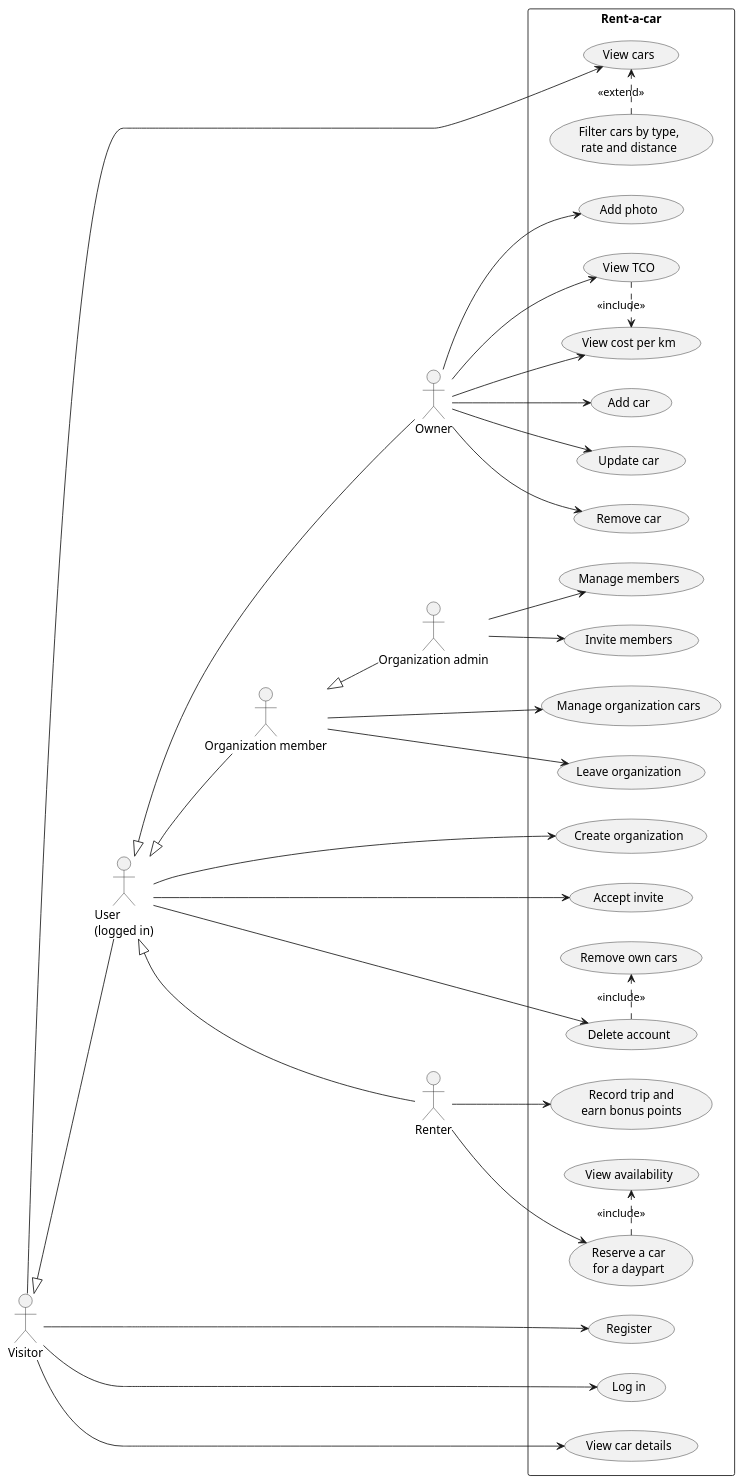
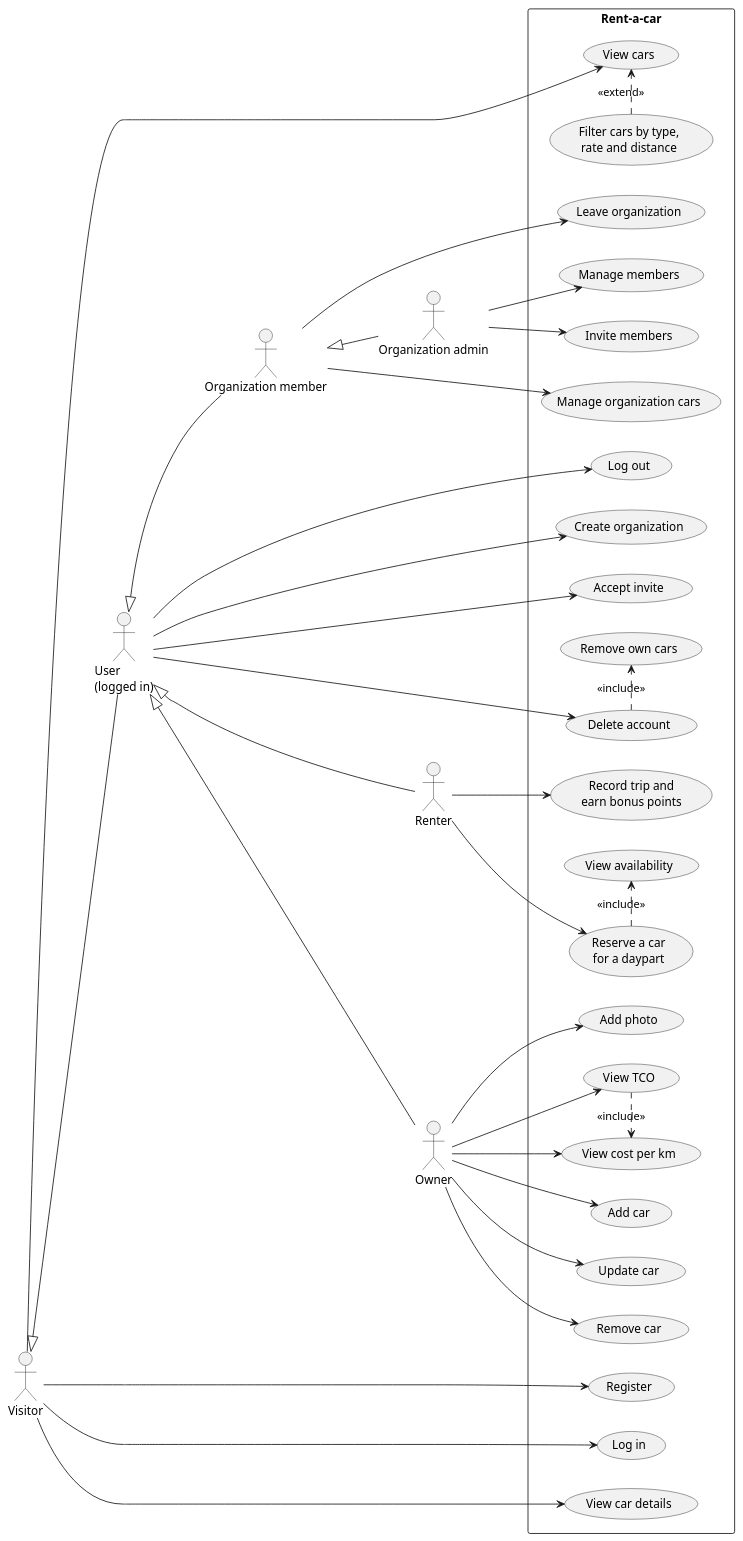
The diagram in docs/diagrams/use-cases.puml (Rent-a-car-38291/rent-a-car), drawn with PlantUML before and after one commit. The commit also changed 9 other files, not shown here.

First line of the commit message:
feat: add POST /logout to log a user out (#60)

```diff
--- a/docs/diagrams/use-cases.puml
+++ b/docs/diagrams/use-cases.puml
@@ -1,75 +1,77 @@
 @startuml
 ' Use cases from the GitHub issues. Organization use cases are extras.
 left to right direction
 
 actor Visitor
 actor "User\n(logged in)" as User
 actor Renter
 actor Owner
 actor "Organization member" as Member
 actor "Organization admin" as Admin
 
 Visitor <|-- User
 User <|-- Renter
 User <|-- Owner
 User <|-- Member
 Member <|-- Admin
 
 rectangle "Rent-a-car" {
   usecase "Register" as UC_Register
   usecase "Log in" as UC_Login
   usecase "View cars" as UC_ViewCars
   usecase "Filter cars by type,\nrate and distance" as UC_Filter
   usecase "View car details" as UC_Details
 
+  usecase "Log out" as UC_Logout
   usecase "Delete account" as UC_DeleteAccount
   usecase "Remove own cars" as UC_RemoveOwnCars
   usecase "Create organization" as UC_CreateOrg
 
   usecase "Reserve a car\nfor a daypart" as UC_Reserve
   usecase "View availability" as UC_Availability
   usecase "Record trip and\nearn bonus points" as UC_Trip
 
   usecase "Add car" as UC_AddCar
   usecase "Update car" as UC_UpdateCar
   usecase "Remove car" as UC_RemoveCar
   usecase "Add photo" as UC_Photo
   usecase "View cost per km" as UC_CostPerKm
   usecase "View TCO" as UC_Tco
 
   usecase "Accept invite" as UC_Accept
   usecase "Manage organization cars" as UC_OrgCars
   usecase "Leave organization" as UC_Leave
   usecase "Invite members" as UC_Invite
   usecase "Manage members" as UC_Members
 }
 
 Visitor --> UC_Register
 Visitor --> UC_Login
 Visitor --> UC_ViewCars
 Visitor --> UC_Details
 UC_Filter .> UC_ViewCars : <<extend>>
 
+User --> UC_Logout
 User --> UC_DeleteAccount
 User --> UC_CreateOrg
 User --> UC_Accept
 UC_DeleteAccount .> UC_RemoveOwnCars : <<include>>
 
 Renter --> UC_Reserve
 Renter --> UC_Trip
 UC_Reserve .> UC_Availability : <<include>>
 
 Owner --> UC_AddCar
 Owner --> UC_UpdateCar
 Owner --> UC_RemoveCar
 Owner --> UC_Photo
 Owner --> UC_CostPerKm
 Owner --> UC_Tco
 UC_Tco .> UC_CostPerKm : <<include>>
 
 Member --> UC_OrgCars
 Member --> UC_Leave
 Admin --> UC_Invite
 Admin --> UC_Members
 
 @enduml
```
